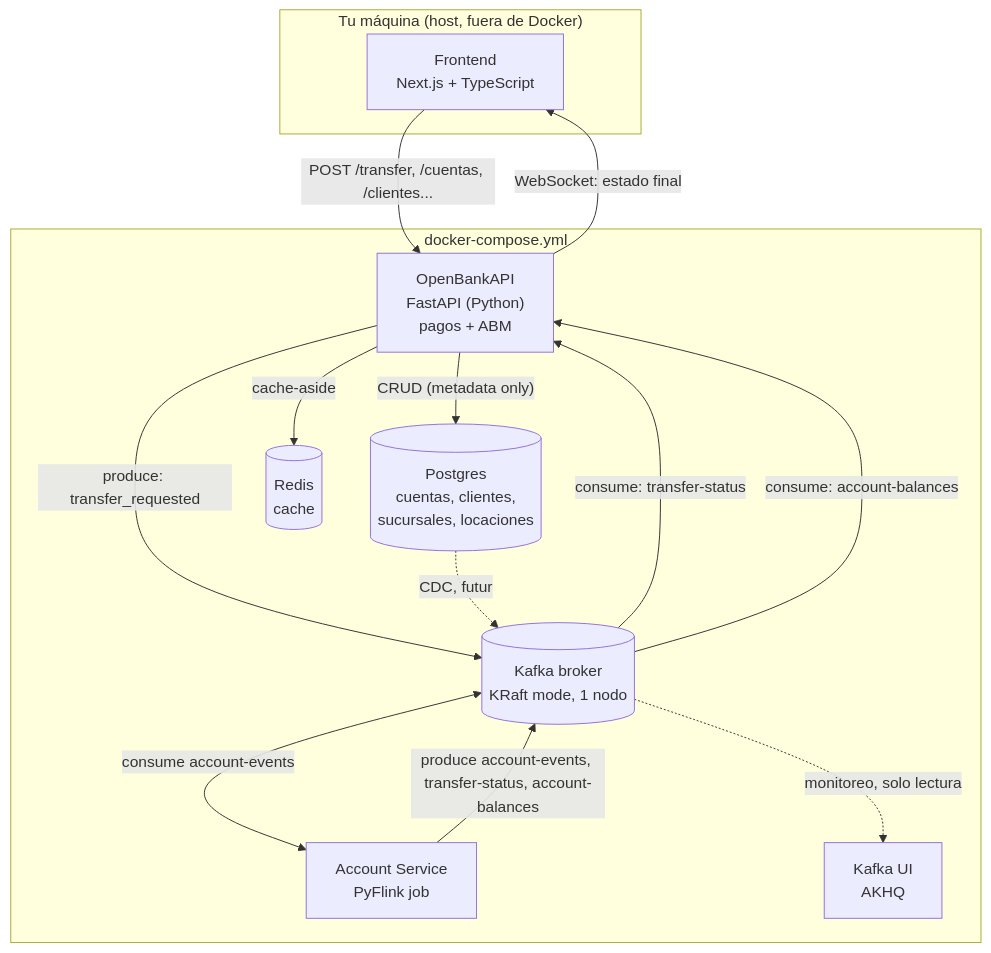
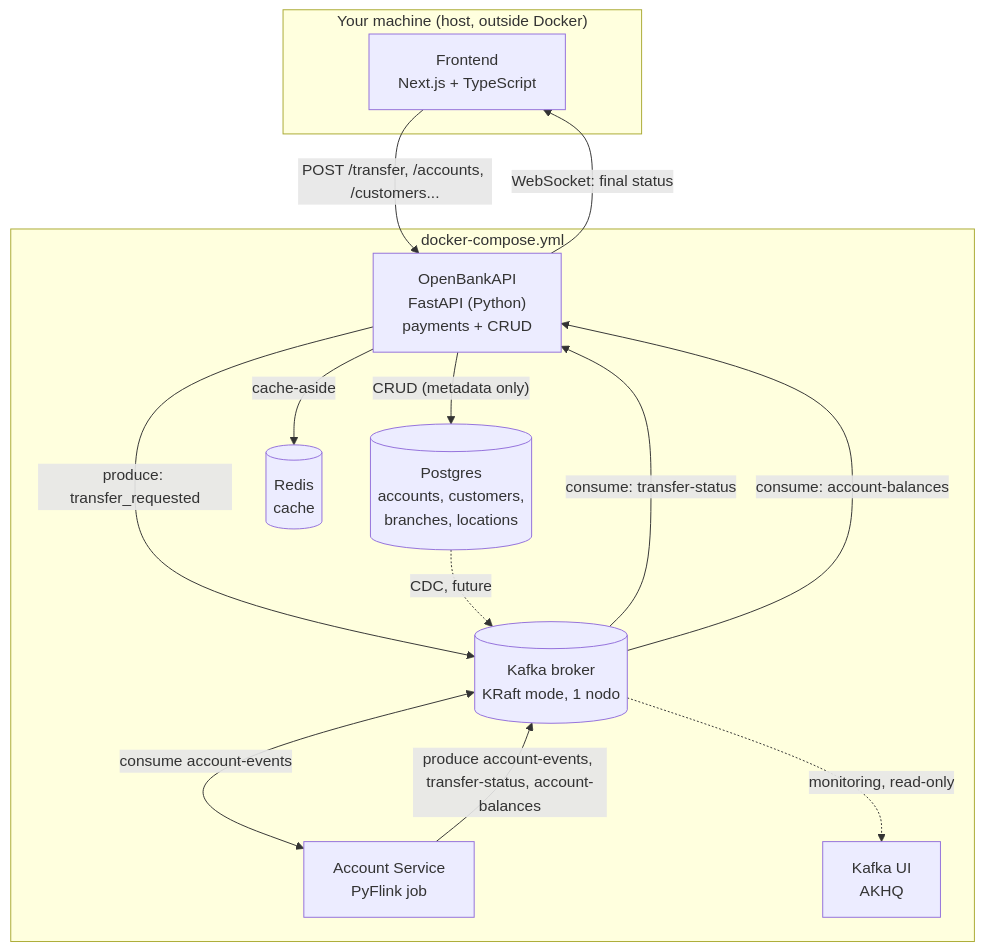
One commit to FelipeMestre/banking-system changed the diagram in openbankapi-spec-v2.md. Above: the diagram before and after it, drawn with Mermaid. The commit also changed other lines of this file and 14 other files, not shown here.

````diff
--- a/openbankapi-spec-v2.md
+++ b/openbankapi-spec-v2.md
@@ -42,25 +47,25 @@
 ```mermaid
 flowchart TB
-    subgraph Host["Tu máquina (host, fuera de Docker)"]
+    subgraph Host["Your machine (host, outside Docker)"]
         FE["Frontend<br/>Next.js + TypeScript"]
     end
     subgraph Compose["docker-compose.yml"]
-        API["OpenBankAPI<br/>FastAPI (Python)<br/>pagos + ABM"]
+        API["OpenBankAPI<br/>FastAPI (Python)<br/>payments + CRUD"]
         KAFKA[("Kafka broker<br/>KRaft mode, 1 nodo")]
         FLINK["Account Service<br/>PyFlink job"]
         UI["Kafka UI<br/>AKHQ"]
-        PG[("Postgres<br/>cuentas, clientes,<br/>sucursales, locaciones")]
+        PG[("Postgres<br/>accounts, customers,<br/>branches, locations")]
         REDIS[("Redis<br/>cache")]
     end
-    FE -- "POST /transfer, /cuentas, /clientes..." --> API
-    API -- "WebSocket: estado final" --> FE
+    FE -- "POST /transfer, /accounts, /customers..." --> API
+    API -- "WebSocket: final status" --> FE
     API -- "produce: transfer_requested" --> KAFKA
     KAFKA -- "consume: transfer-status" --> API
     KAFKA -- "consume: account-balances" --> API
     KAFKA <-- "consume account-events" --> FLINK
     FLINK -- "produce account-events, transfer-status, account-balances" --> KAFKA
-    KAFKA -.monitoreo, solo lectura.-> UI
+    KAFKA -.monitoring, read-only.-> UI
     API -- "cache-aside" --> REDIS
     API -- "CRUD (metadata only)" --> PG
-    PG -.CDC, futuro.-> KAFKA
+    PG -.CDC, future.-> KAFKA
 ```
````
